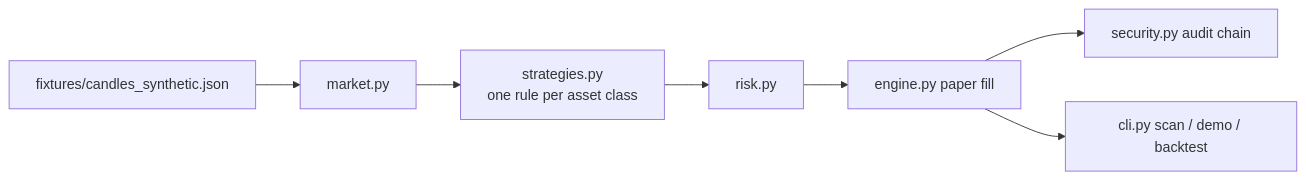
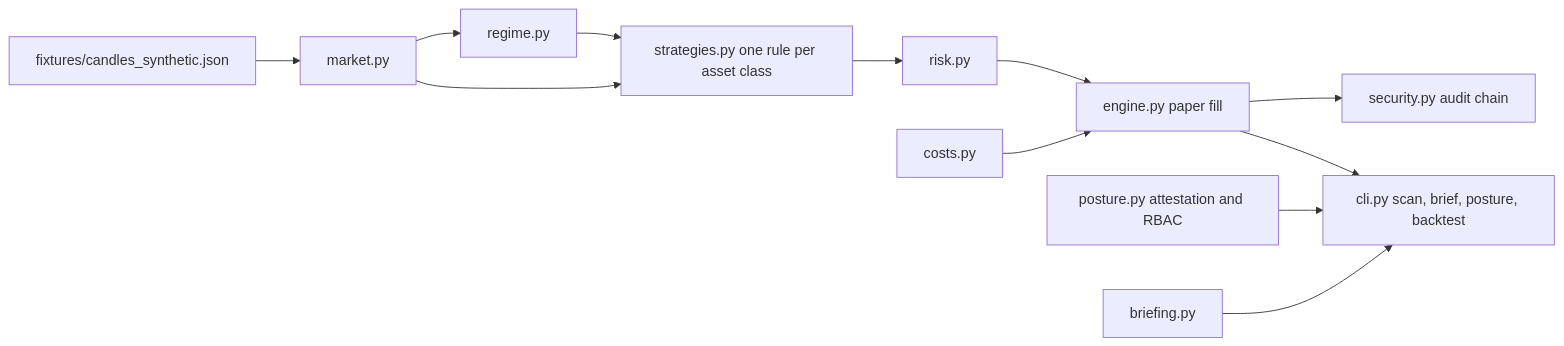
The diagram in docs/architecture.md (kkzee92/aixtech-crypto-intel), drawn with Mermaid before and after one commit. The commit also changed other lines of this file and 5 other files, not shown here.

First line of the commit message:
Document v0.2 asset-class rules and security architecture

````diff
--- a/docs/architecture.md
+++ b/docs/architecture.md
@@ -3,9 +3,14 @@
 ```mermaid
 flowchart LR
     FX["fixtures/candles_synthetic.json"] --> M["market.py"]
-    M --> ST["strategies.py<br/>one rule per asset class"]
+    M --> RG["regime.py"]
+    M --> ST["strategies.py one rule per asset class"]
+    RG --> ST
     ST --> RK["risk.py"]
-    RK --> EN["engine.py paper fill"]
+    CS["costs.py"] --> EN["engine.py paper fill"]
+    RK --> EN
     EN --> AU["security.py audit chain"]
-    EN --> CLI["cli.py scan / demo / backtest"]
+    PS["posture.py attestation and RBAC"] --> CLI["cli.py scan, brief, posture, backtest"]
+    EN --> CLI
+    BR["briefing.py"] --> CLI
 ```
````
